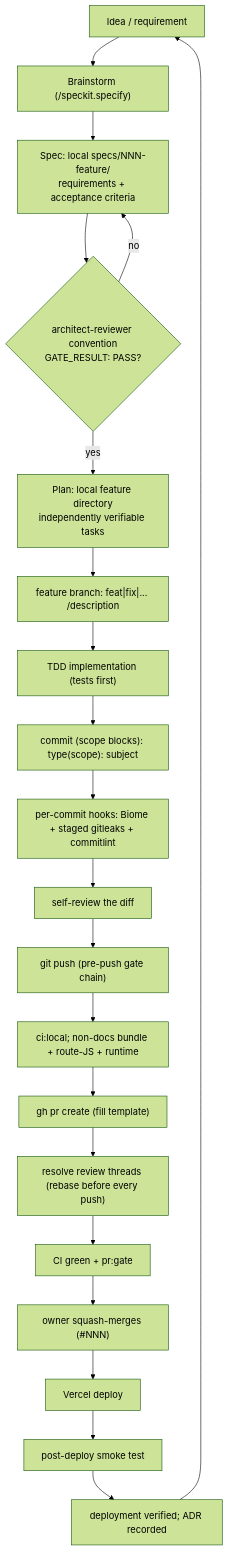
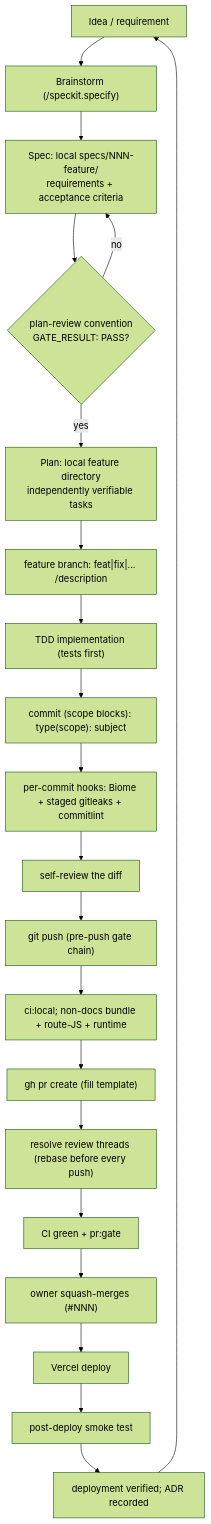
The first of 2 diagrams in docs/handbook/development-lifecycle.md (erikunha/portfolio), drawn with Mermaid (forest theme) before and after one commit. The commit also changed other lines of this file and 20 other files, not shown here.

````diff
--- a/docs/handbook/development-lifecycle.md
+++ b/docs/handbook/development-lifecycle.md
@@ -7,23 +7,23 @@
 ```mermaid
 flowchart TD
     idea["Idea / requirement"] --> brainstorm["Brainstorm (/speckit.specify)"]
     brainstorm --> spec["Spec: local specs/NNN-feature/<br/>requirements + acceptance criteria"]
-    spec --> agate{"architect-reviewer convention<br/>GATE_RESULT: PASS?"}
+    spec --> agate{"plan-review convention<br/>GATE_RESULT: PASS?"}
     agate -->|no| spec
     agate -->|yes| plan["Plan: local feature directory<br/>independently verifiable tasks"]
     plan --> branch["feature branch: feat|fix|... /description"]
     branch --> tdd["TDD implementation (tests first)"]
     tdd --> commit["commit (scope blocks): type(scope): subject"]
     commit --> hooks["per-commit hooks: Biome + staged gitleaks + commitlint"]
     hooks --> selfreview["self-review the diff"]
     selfreview --> push["git push (pre-push gate chain)"]
     push --> readypr["ci:local; non-docs bundle + route-JS + runtime"]
     readypr --> pr["gh pr create (fill template)"]
     pr --> conv["resolve review threads (rebase before every push)"]
     conv --> readymerge["CI green + pr:gate"]
     readymerge --> merge["owner squash-merges (#NNN)"]
     merge --> deploy["Vercel deploy"]
     deploy --> smoke["post-deploy smoke test"]
     smoke --> adr["deployment verified; ADR recorded"]
     adr --> idea
 ```
````
